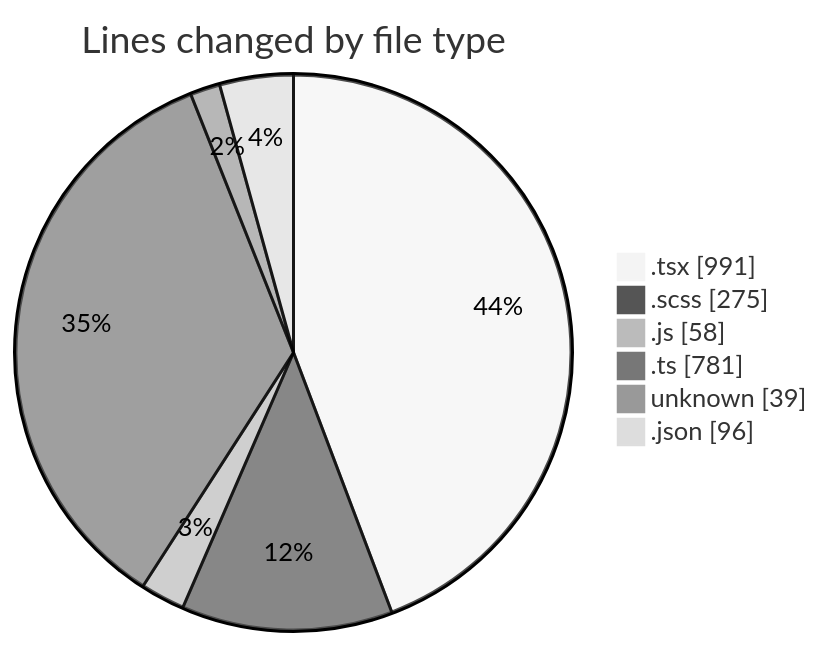
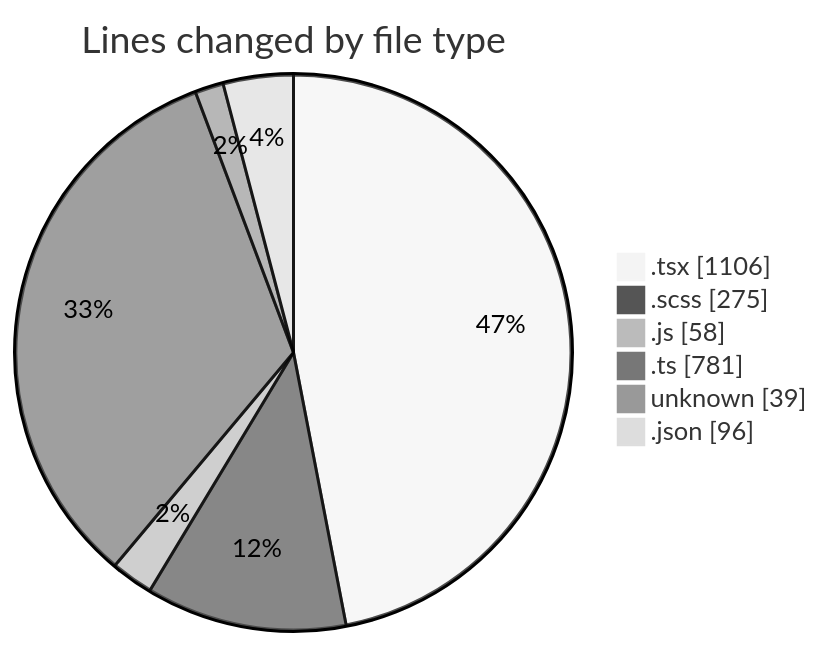
The first of 2 diagrams in 2025-05-02/cda/README.md (momahboobian/code-tracking), drawn with Mermaid (neutral theme) before and after one commit. The commit also changed other lines of this file and 1 other file, not shown here.

````diff
--- a/2025-05-02/cda/README.md
+++ b/2025-05-02/cda/README.md
@@ -32,10 +33,10 @@
 ```mermaid
 pie showData
 title Lines changed by file type
-".tsx" : 991
+".tsx" : 1106
 ".scss" : 275
 ".js" : 58
 ".ts" : 781
 "unknown" : 39
 ".json" : 96
 ```
````
